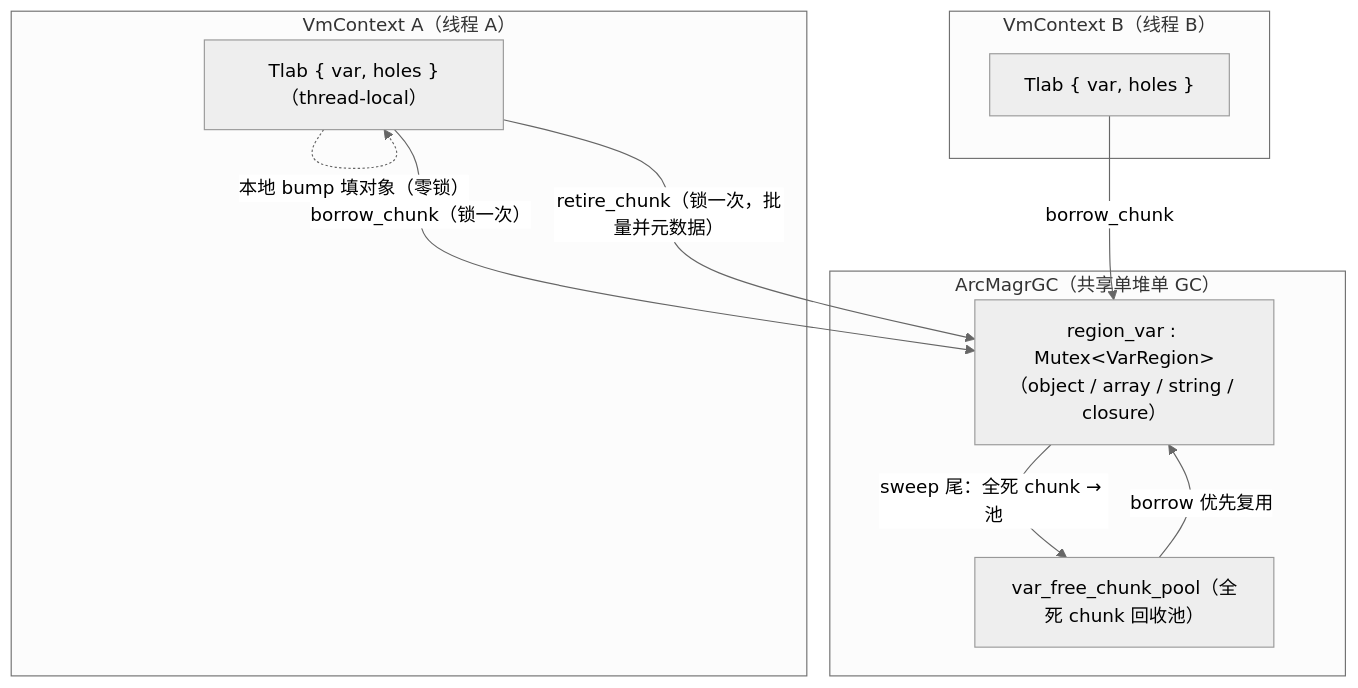
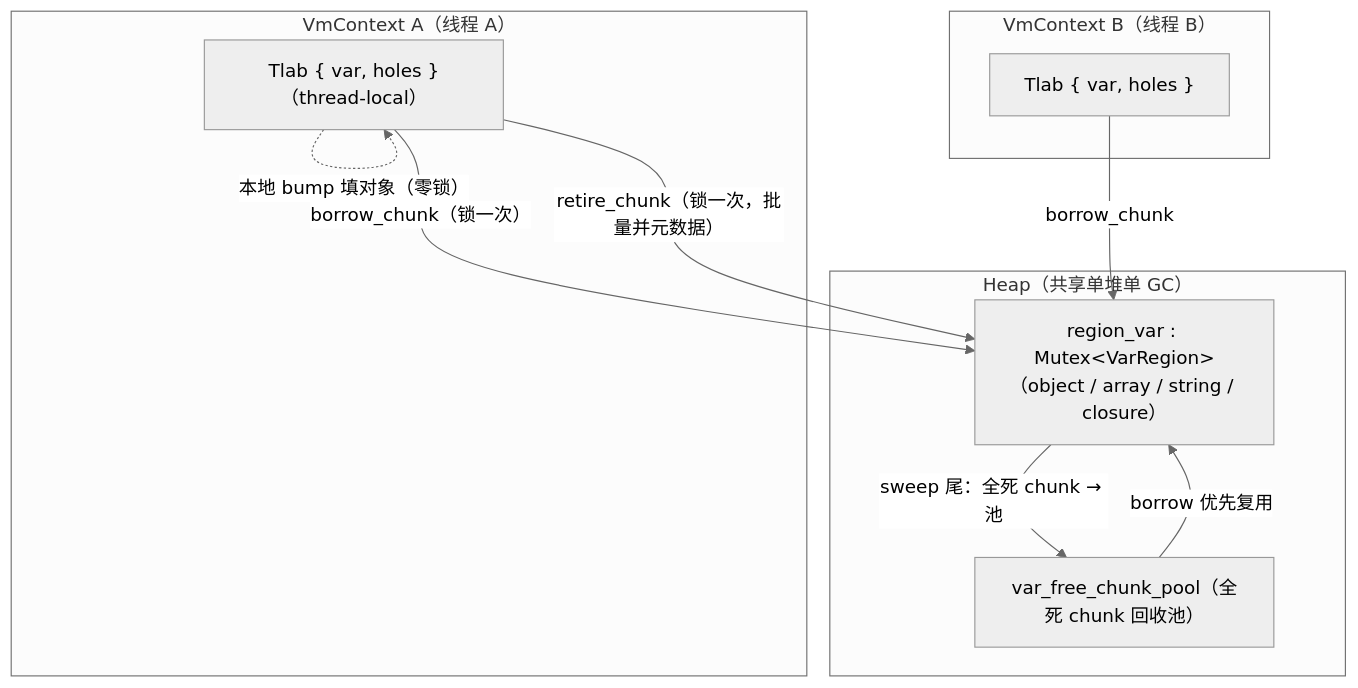
The first of 2 diagrams in docs/internals/src/runtime/gc-tlab.md (z42-lang/z42), drawn with Mermaid (neutral theme) before and after one commit. The commit also changed other lines of this file and 174 other files, not shown here.

````diff
--- a/docs/internals/src/runtime/gc-tlab.md
+++ b/docs/internals/src/runtime/gc-tlab.md
@@ -22,19 +22,19 @@
 ```mermaid
 flowchart TB
-  subgraph Heap["ArcMagrGC（共享单堆单 GC）"]
+  subgraph Heap["Heap（共享单堆单 GC）"]
     RV["region_var : Mutex&lt;VarRegion&gt;（object / array / string / closure）"]
     POOL["var_free_chunk_pool（全死 chunk 回收池）"]
   end
   subgraph A["VmContext A（线程 A）"]
     TA["Tlab { var, holes }（thread-local）"]
   end
   subgraph B["VmContext B（线程 B）"]
     TB["Tlab { var, holes }"]
   end
   TA -- "borrow_chunk（锁一次）" --> RV
   TA -. "本地 bump 填对象（零锁）" .-> TA
   TA -- "retire_chunk（锁一次，批量并元数据）" --> RV
   TB -- "borrow_chunk" --> RV
   RV -- "sweep 尾：全死 chunk → 池" --> POOL
   POOL -- "borrow 优先复用" --> RV
 ```
````
